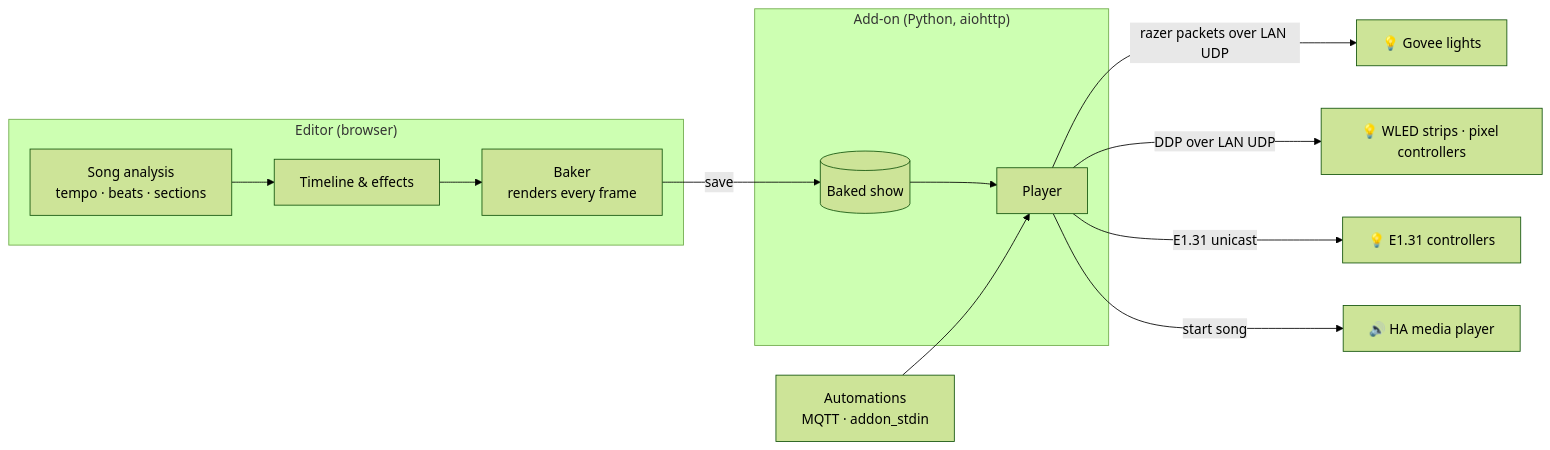
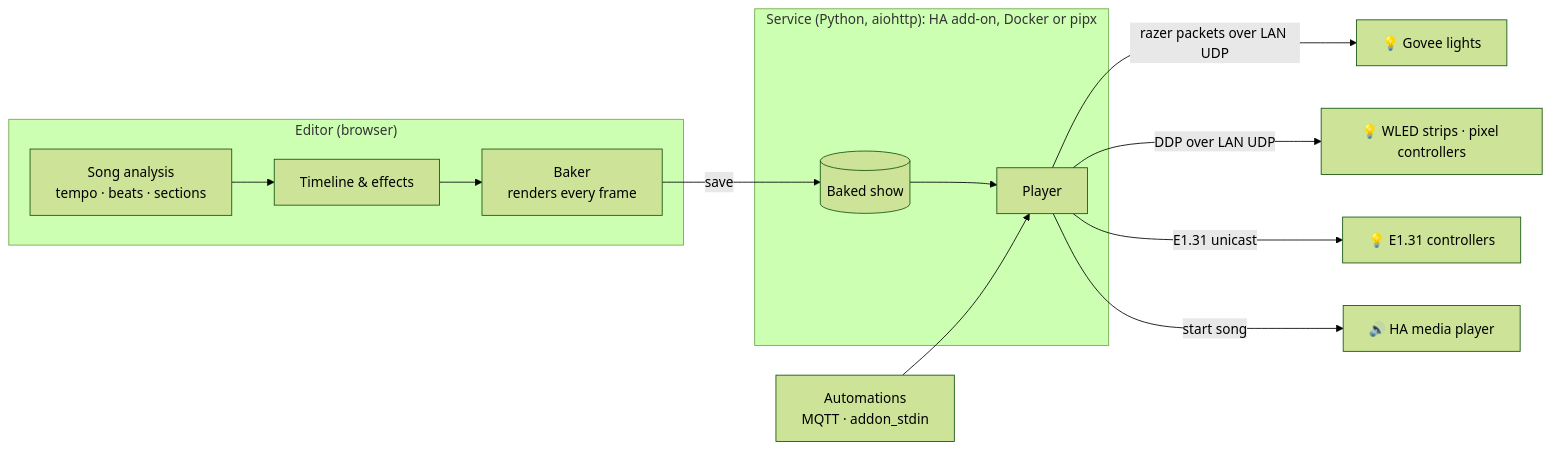
Before and after one commit to gavin-vbmedia/govee-ha-show: the diagram in README.md, drawn with Mermaid (forest theme). The commit also changed other lines of this file and 7 other files, not shown here.

````diff
--- a/README.md
+++ b/README.md
@@ -153,16 +170,16 @@
 ```mermaid
 flowchart LR
     subgraph Browser["Editor (browser)"]
         A[Song analysis<br/>tempo · beats · sections] --> B[Timeline &amp; effects]
         B --> C[Baker<br/>renders every frame]
     end
-    subgraph Addon["Add-on (Python, aiohttp)"]
+    subgraph Addon["Service (Python, aiohttp): HA add-on, Docker or pipx"]
         D[(Baked show)] --> E[Player]
     end
     C -- save --> D
     E -- "razer packets over LAN UDP" --> F[💡 Govee lights]
     E -- "DDP over LAN UDP" --> W[💡 WLED strips · pixel controllers]
     E -- "E1.31 unicast" --> X[💡 E1.31 controllers]
     E -- "start song" --> G[🔊 HA media player]
     H[Automations<br/>MQTT · addon_stdin] --> E
 ```
````
